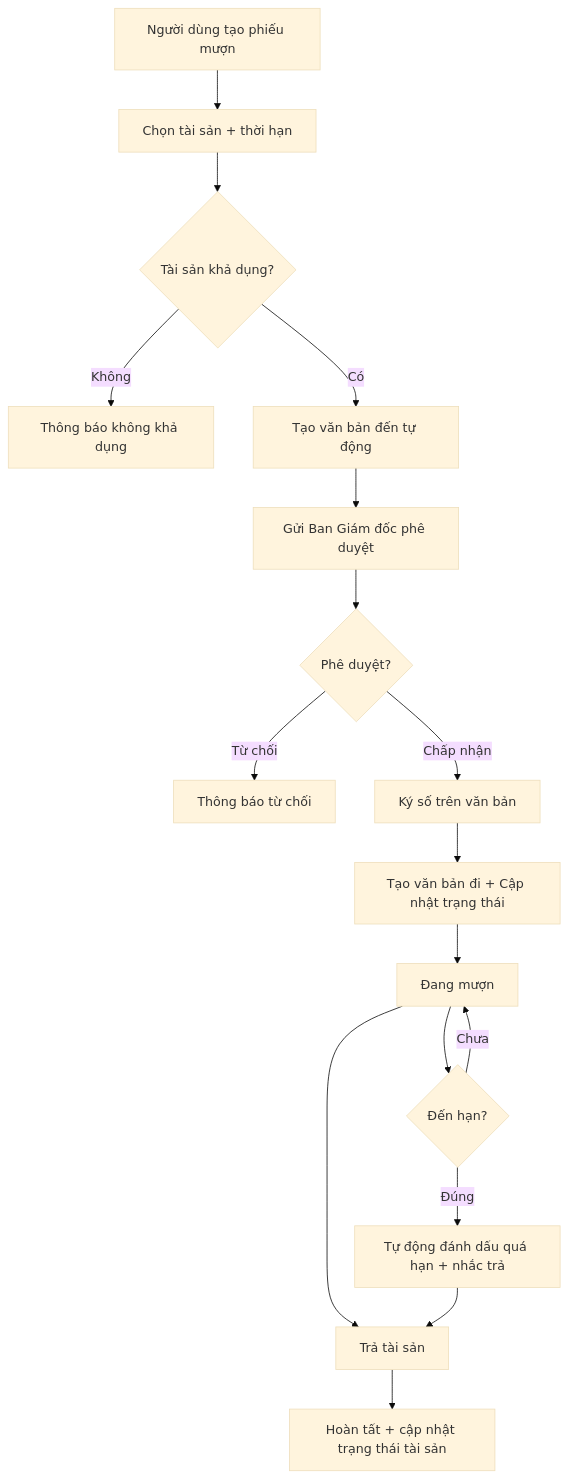
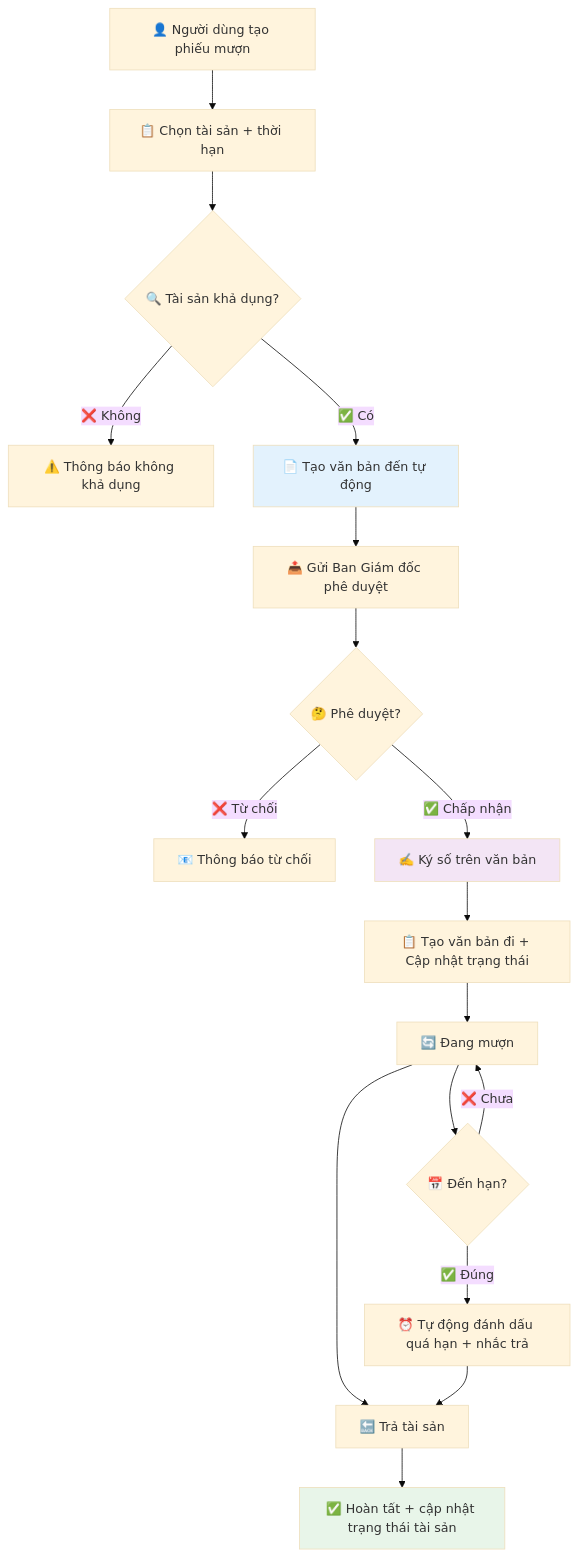
One commit to lamngoctuu18/TTDN-16-01-N6 changed the third of 11 diagrams in README.md. Above: the diagram before and after it, drawn with Mermaid (base theme). The commit also changed other lines of this file and 24 other files, not shown here.

````diff
--- a/README.md
+++ b/README.md
@@ -242,19 +403,23 @@
 ```mermaid
 flowchart TD
-    U[Người dùng tạo phiếu mượn] --> V[Chọn tài sản + thời hạn]
-    V --> W{Tài sản khả dụng?}
-    W -->|Không| X[Thông báo không khả dụng]
-    W -->|Có| Y[Tạo văn bản đến tự động]
-    Y --> Z[Gửi Ban Giám đốc phê duyệt]
-    Z --> AA{Phê duyệt?}
-    AA -->|Từ chối| AB[Thông báo từ chối]
-    AA -->|Chấp nhận| AC[Ký số trên văn bản]
-    AC --> AD[Tạo văn bản đi + Cập nhật trạng thái]
-    AD --> AE[Đang mượn]
-    AE --> AF{Đến hạn?}
-    AF -->|Đúng| AG[Tự động đánh dấu quá hạn + nhắc trả]
-    AF -->|Chưa| AE
-    AE --> AH[Trả tài sản]
+    U[👤 Người dùng tạo phiếu mượn] --> V[📋 Chọn tài sản + thời hạn]
+    V --> W{🔍 Tài sản khả dụng?}
+    W -->|❌ Không| X[⚠️ Thông báo không khả dụng]
+    W -->|✅ Có| Y[📄 Tạo văn bản đến tự động]
+    Y --> Z[📤 Gửi Ban Giám đốc phê duyệt]
+    Z --> AA{🤔 Phê duyệt?}
+    AA -->|❌ Từ chối| AB[📧 Thông báo từ chối]
+    AA -->|✅ Chấp nhận| AC[✍️ Ký số trên văn bản]
+    AC --> AD[📋 Tạo văn bản đi + Cập nhật trạng thái]
+    AD --> AE[🔄 Đang mượn]
+    AE --> AF{📅 Đến hạn?}
+    AF -->|✅ Đúng| AG[⏰ Tự động đánh dấu quá hạn + nhắc trả]
+    AF -->|❌ Chưa| AE
+    AE --> AH[🔙 Trả tài sản]
     AG --> AH
-    AH --> AI[Hoàn tất + cập nhật trạng thái tài sản]
+    AH --> AI[✅ Hoàn tất + cập nhật trạng thái tài sản]
+    
+    style Y fill:#e3f2fd
+    style AC fill:#f3e5f5
+    style AI fill:#e8f5e9
 ```
````
